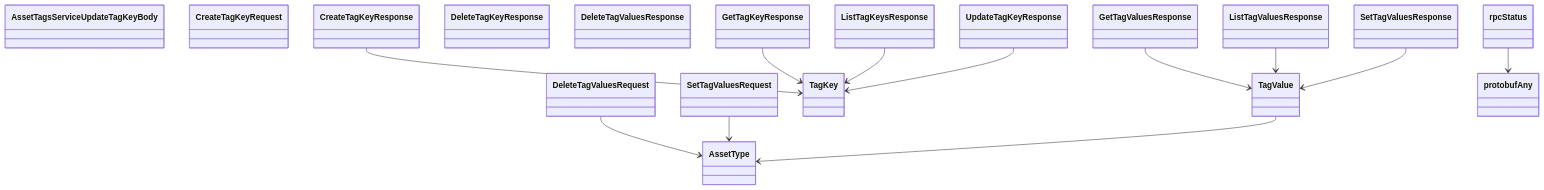
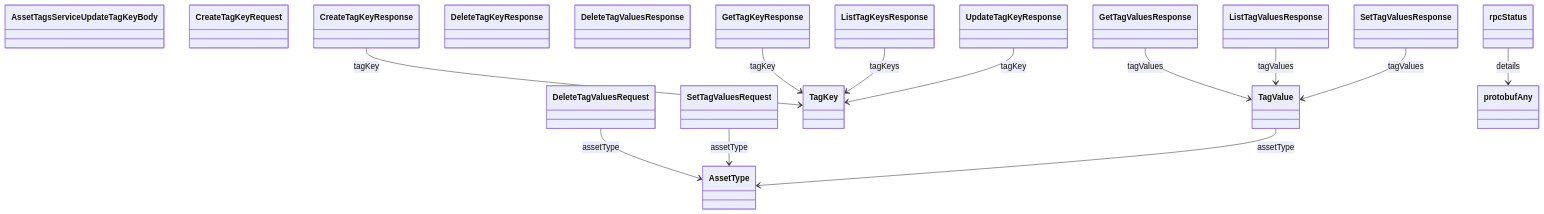
Before and after one commit to alexdearaujo/community_sdk_python: diagram 20 of 20 in docs/sphinx/services/asset_tags.md, drawn with Mermaid. The commit also changed other lines of this file and 129 other files, not shown here.

````diff
--- a/docs/sphinx/services/asset_tags.md
+++ b/docs/sphinx/services/asset_tags.md
@@ -719,32 +740,32 @@
 ```mermaid
 classDiagram
     class AssetTagsServiceUpdateTagKeyBody
     class AssetType
     class CreateTagKeyRequest
     class CreateTagKeyResponse
     class DeleteTagKeyResponse
     class DeleteTagValuesRequest
     class DeleteTagValuesResponse
     class GetTagKeyResponse
     class GetTagValuesResponse
     class ListTagKeysResponse
     class ListTagValuesResponse
     class SetTagValuesRequest
     class SetTagValuesResponse
     class TagKey
     class TagValue
     class UpdateTagKeyResponse
     class protobufAny
     class rpcStatus
-    CreateTagKeyResponse --> TagKey
-    DeleteTagValuesRequest --> AssetType
-    GetTagKeyResponse --> TagKey
-    GetTagValuesResponse --> TagValue
-    ListTagKeysResponse --> TagKey
-    ListTagValuesResponse --> TagValue
-    SetTagValuesRequest --> AssetType
-    SetTagValuesResponse --> TagValue
-    TagValue --> AssetType
-    UpdateTagKeyResponse --> TagKey
-    rpcStatus --> protobufAny
+    CreateTagKeyResponse --> TagKey : tagKey
+    DeleteTagValuesRequest --> AssetType : assetType
+    GetTagKeyResponse --> TagKey : tagKey
+    GetTagValuesResponse --> TagValue : tagValues
+    ListTagKeysResponse --> TagKey : tagKeys
+    ListTagValuesResponse --> TagValue : tagValues
+    SetTagValuesRequest --> AssetType : assetType
+    SetTagValuesResponse --> TagValue : tagValues
+    TagValue --> AssetType : assetType
+    UpdateTagKeyResponse --> TagKey : tagKey
+    rpcStatus --> protobufAny : details
 ```
````
